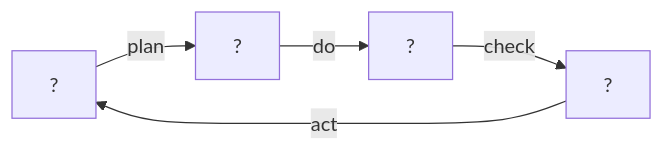
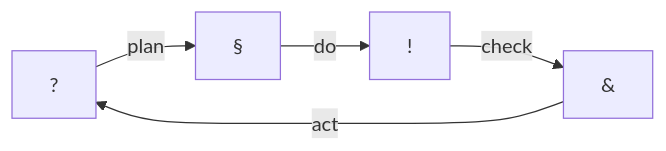
The second of 12 diagrams in README.md (firstprinciplesthinking/paper_development_lifecycle), drawn with Mermaid before and after one commit. The commit also changed other lines of this file, not shown here.

````diff
--- a/README.md
+++ b/README.md
@@ -48,12 +74,12 @@
 ```mermaid
    flowchart LR
     Mission["?"]
-    Design["?"]
-    Implementation["?"]
-    Feedback["?"]
+    Design["§"]
+    Implementation["!"]
+    Feedback["&"]
     
     Implementation--"check"-->Feedback
     Feedback--"act"-->Mission
     Mission--"plan"-->Design
     Design--"do"-->Implementation
 ```
````
